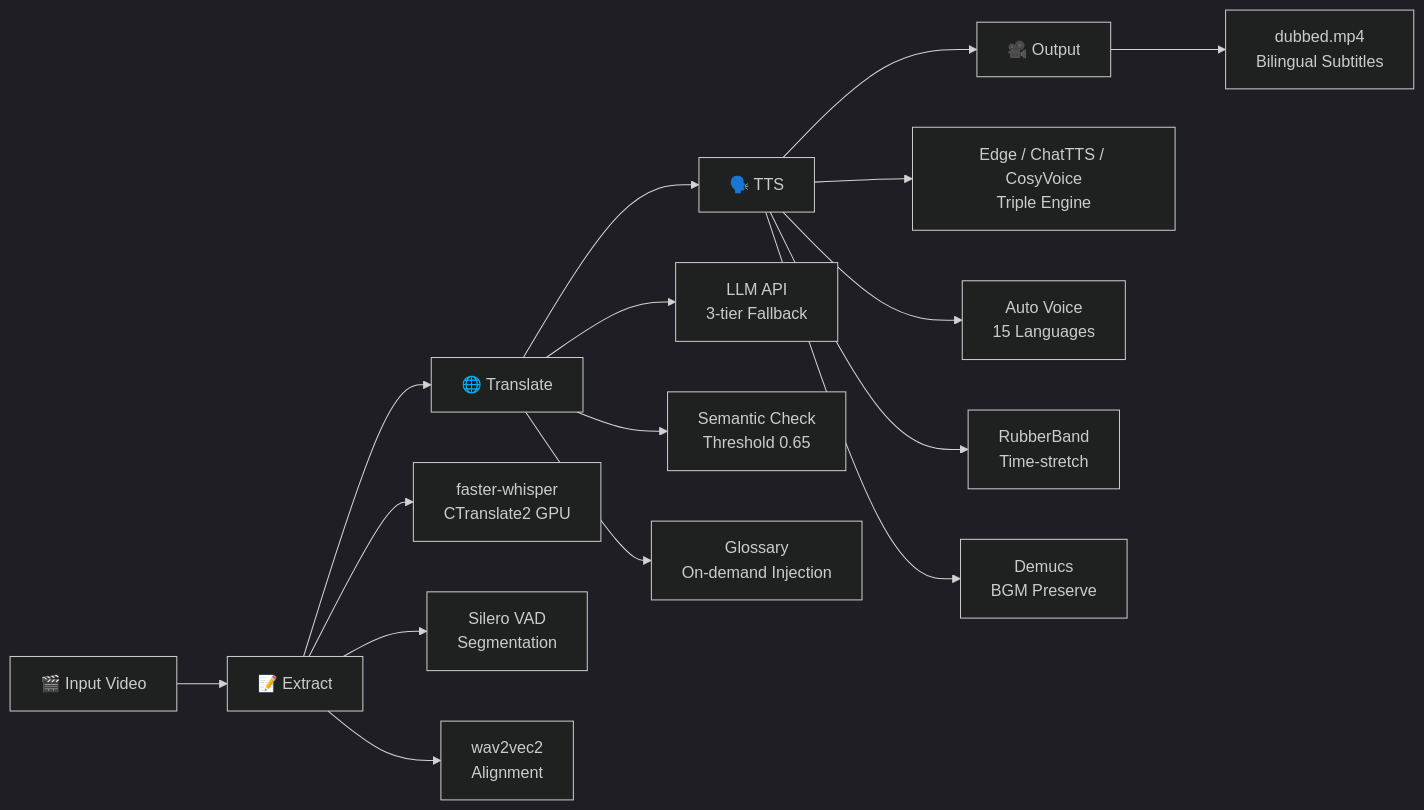
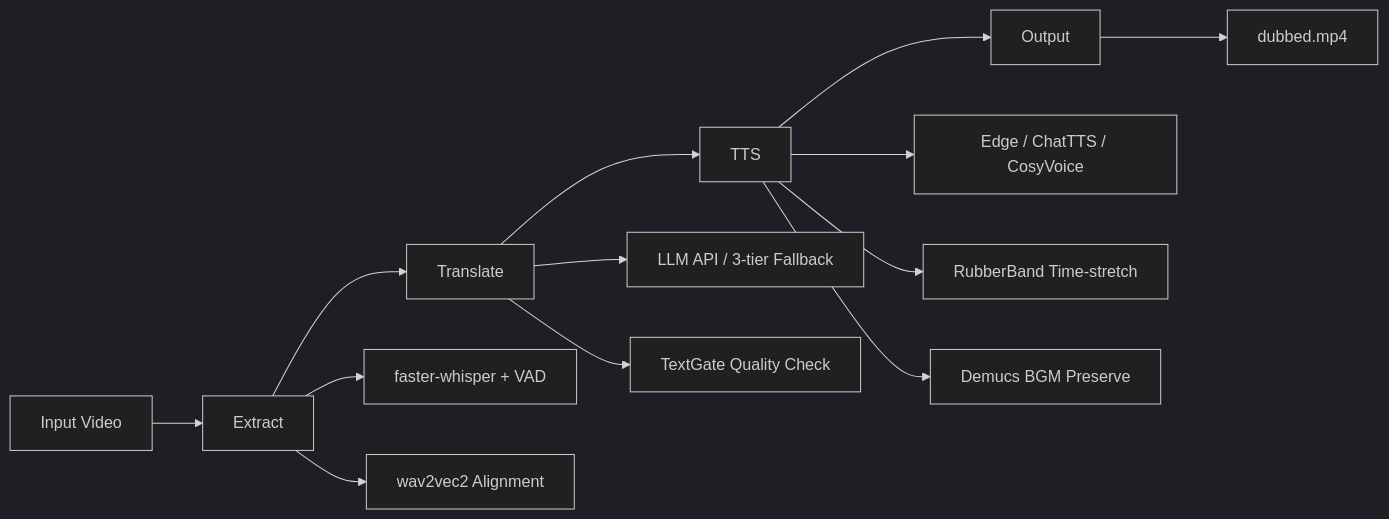
One commit to Friend-Xu/Translate-video-WebUI changed the first of 2 diagrams in README.md. Above: the diagram before and after it, drawn with Mermaid (dark theme). The commit also changed other lines of this file and 244 other files, not shown here.

First line of the commit message:
feat: core/ Adapter-Pass-Gate 全架构落地 — Timeline IR v3.0 + 参数配置体系 + WebUI 7区面板 (#23)

````diff
--- a/README.md
+++ b/README.md
@@ -98,22 +100,19 @@
 ```mermaid
 graph LR
-    A[🎬 Input Video] --> B[📝 Extract]
-    B --> C[🌐 Translate]
-    C --> D[🗣️ TTS]
-    D --> E[🎥 Output]
+    A[Input Video] --> B[Extract]
+    B --> C[Translate]
+    C --> D[TTS]
+    D --> E[Output]
 
-    B --> B1[faster-whisper<br/>CTranslate2 GPU]
-    B --> B2[Silero VAD<br/>Segmentation]
-    B --> B3[wav2vec2<br/>Alignment]
+    B --> B1[faster-whisper + VAD]
+    B --> B2[wav2vec2 Alignment]
 
-    C --> C1[LLM API<br/>3-tier Fallback]
-    C --> C2[Semantic Check<br/>Threshold 0.65]
-    C --> C3[Glossary<br/>On-demand Injection]
+    C --> C1[LLM API / 3-tier Fallback]
+    C --> C2[TextGate Quality Check]
 
-    D --> D1[Edge / ChatTTS / CosyVoice<br/>Triple Engine]
-    D --> D2[Auto Voice<br/>15 Languages]
-    D --> D3[RubberBand<br/>Time-stretch]
-    D --> D4[Demucs<br/>BGM Preserve]
+    D --> D1[Edge / ChatTTS / CosyVoice]
+    D --> D2[RubberBand Time-stretch]
+    D --> D3[Demucs BGM Preserve]
 
-    E --> E1[dubbed.mp4<br/>Bilingual Subtitles]
+    E --> E1[dubbed.mp4]
 ```
````
